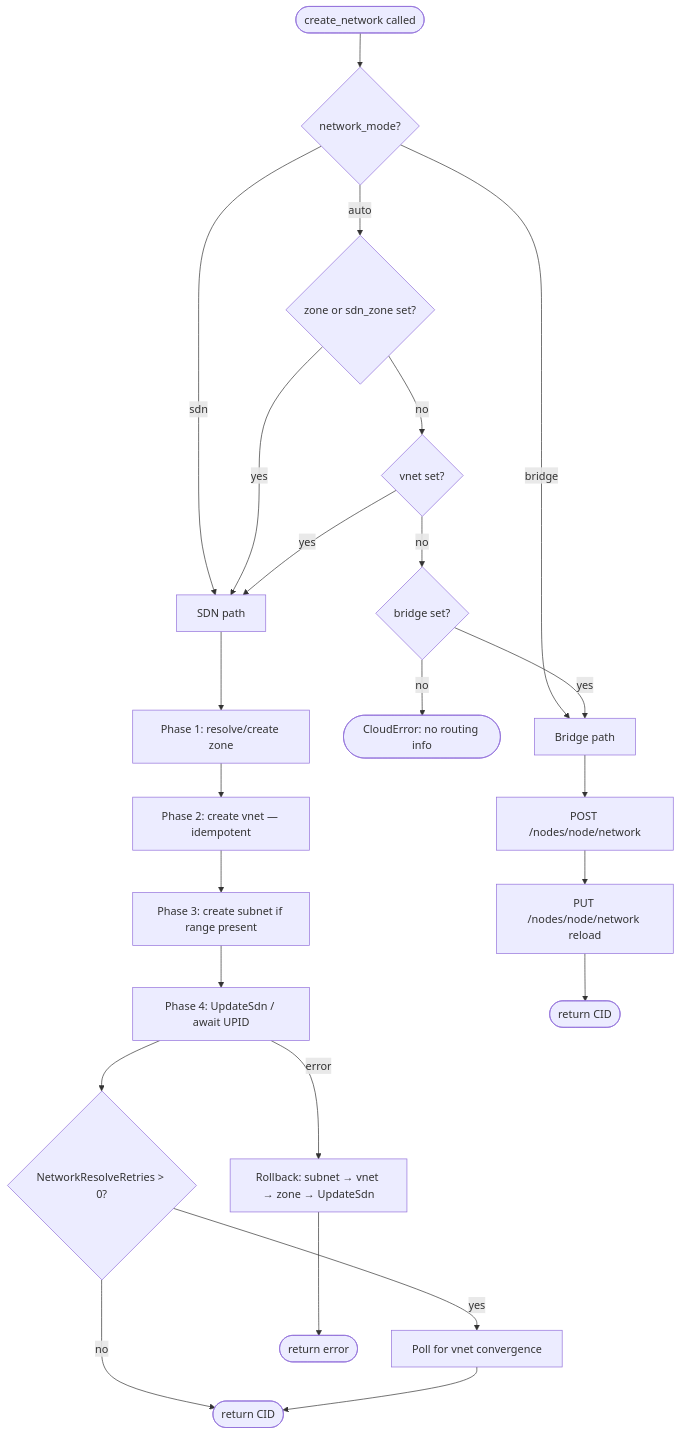
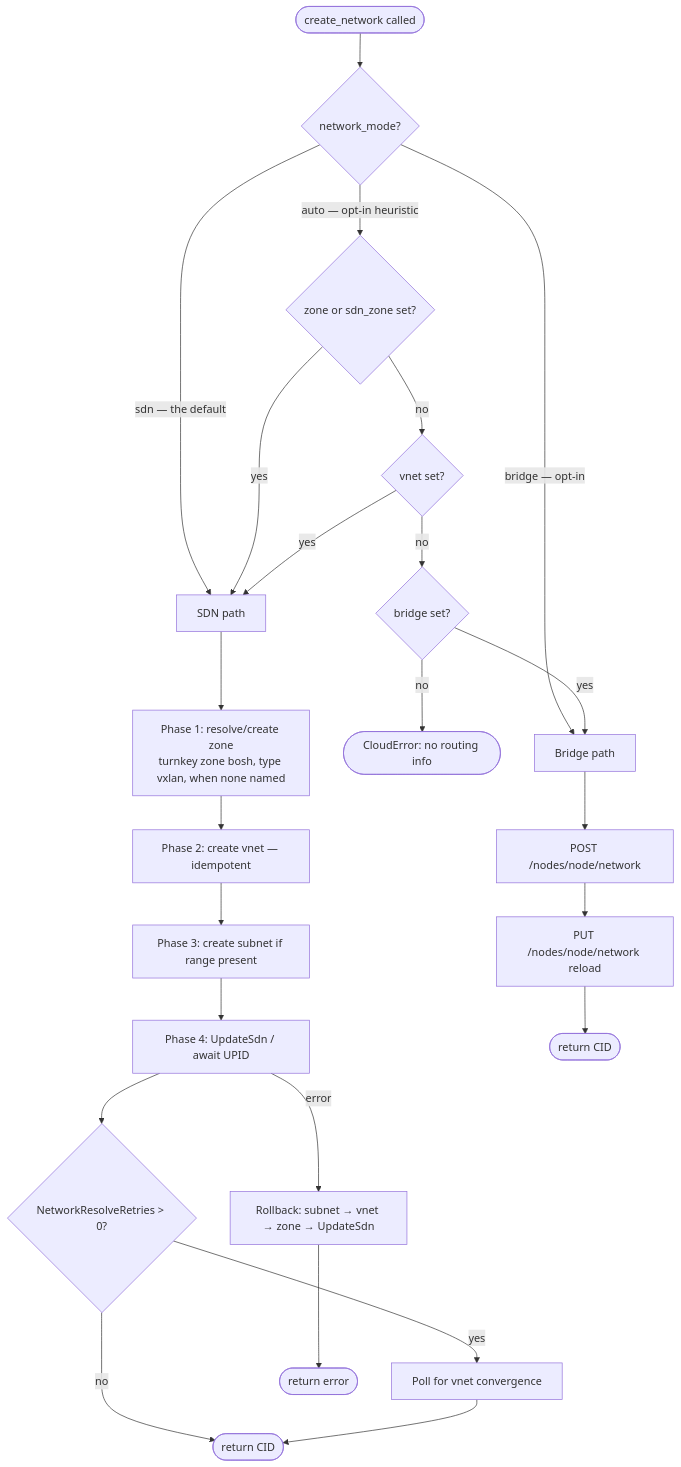
One commit to fivetwenty-io/bosh-proxmox-cpi-release changed the diagram in docs/networks.md. Above: the diagram before and after it, drawn with Mermaid. The commit also changed other lines of this file and 2 other files, not shown here.

Commit message:
docs: document SDN vxlan networking defaults

````diff
--- a/docs/networks.md
+++ b/docs/networks.md
@@ -183,26 +208,26 @@
 ```mermaid
 flowchart TD
     A([create_network called]) --> B{network_mode?}
-    B -->|sdn| C[SDN path]
-    B -->|bridge| D[Bridge path]
-    B -->|auto| E{zone or sdn_zone set?}
+    B -->|sdn — the default| C[SDN path]
+    B -->|bridge — opt-in| D[Bridge path]
+    B -->|auto — opt-in heuristic| E{zone or sdn_zone set?}
     E -->|yes| C
     E -->|no| F{vnet set?}
     F -->|yes| C
     F -->|no| G{bridge set?}
     G -->|yes| D
     G -->|no| H([CloudError: no routing info])
-    C --> I[Phase 1: resolve/create zone]
+    C --> I[Phase 1: resolve/create zone<br/>turnkey zone bosh, type vxlan, when none named]
     I --> J[Phase 2: create vnet — idempotent]
     J --> K[Phase 3: create subnet if range present]
     K --> L[Phase 4: UpdateSdn / await UPID]
     L --> M{NetworkResolveRetries > 0?}
     M -->|yes| N[Poll for vnet convergence]
     M -->|no| O([return CID])
     N --> O
     L -->|error| P[Rollback: subnet → vnet → zone → UpdateSdn]
     P --> Q([return error])
     D --> R[POST /nodes/node/network]
     R --> S[PUT /nodes/node/network reload]
     S --> T([return CID])
 ```
````
